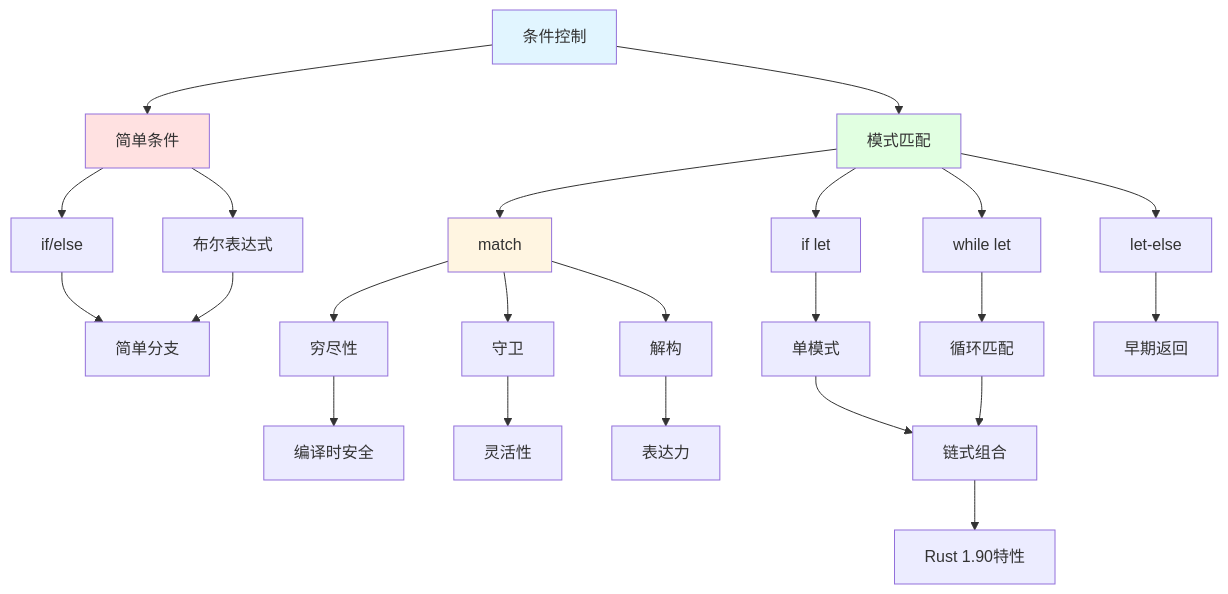
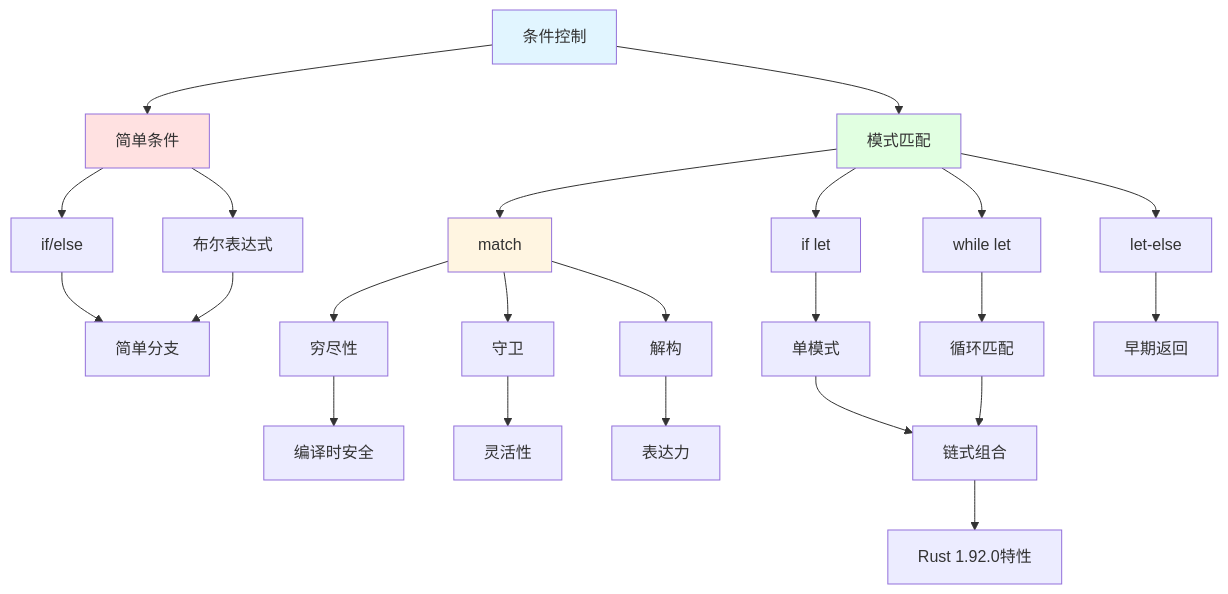
One commit to martin-ly/rust-lang changed the fourth of 17 diagrams in crates/c03_control_fn/docs/CONCEPT_RELATIONSHIP_NETWORK.md. Above: the diagram before and after it, drawn with Mermaid. The commit also changed other lines of this file and 290 other files, not shown here.

````diff
--- a/crates/c03_control_fn/docs/CONCEPT_RELATIONSHIP_NETWORK.md
+++ b/crates/c03_control_fn/docs/CONCEPT_RELATIONSHIP_NETWORK.md
@@ -208,38 +208,38 @@
 ```mermaid
 graph TB
     Cond[条件控制] --> Simple[简单条件]
     Cond --> Pattern[模式匹配]
 
     Simple --> If[if/else]
     Simple --> Bool[布尔表达式]
 
     Pattern --> Match[match]
     Pattern --> IfLet[if let]
     Pattern --> WhileLet[while let]
     Pattern --> LetElse[let-else]
 
     If --> IfUse1[简单分支]
     Bool --> IfUse1
 
     Match --> MatchFeature1[穷尽性]
     Match --> MatchFeature2[守卫]
     Match --> MatchFeature3[解构]
 
     MatchFeature1 --> Safety[编译时安全]
     MatchFeature2 --> Flexibility[灵活性]
     MatchFeature3 --> Power[表达力]
 
     IfLet --> IfLetUse[单模式]
     WhileLet --> WhileLetUse[循环匹配]
     LetElse --> LetElseUse[早期返回]
 
     IfLetUse --> Combine[链式组合]
     WhileLetUse --> Combine
 
-    Combine --> Rust190[Rust 1.90特性]
+    Combine --> Rust192[Rust 1.92.0特性]
 
     style Cond fill:#e1f5ff
     style Simple fill:#ffe1e1
     style Pattern fill:#e1ffe1
     style Match fill:#fff5e1
 ```
````
